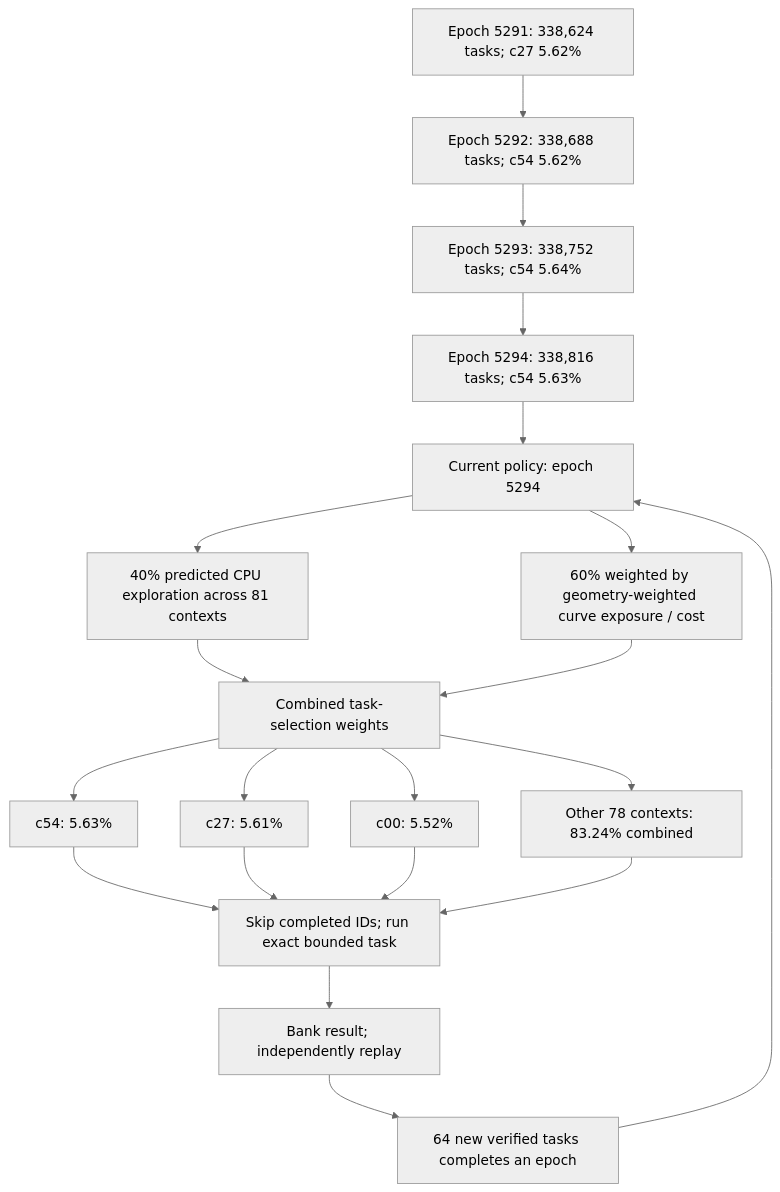
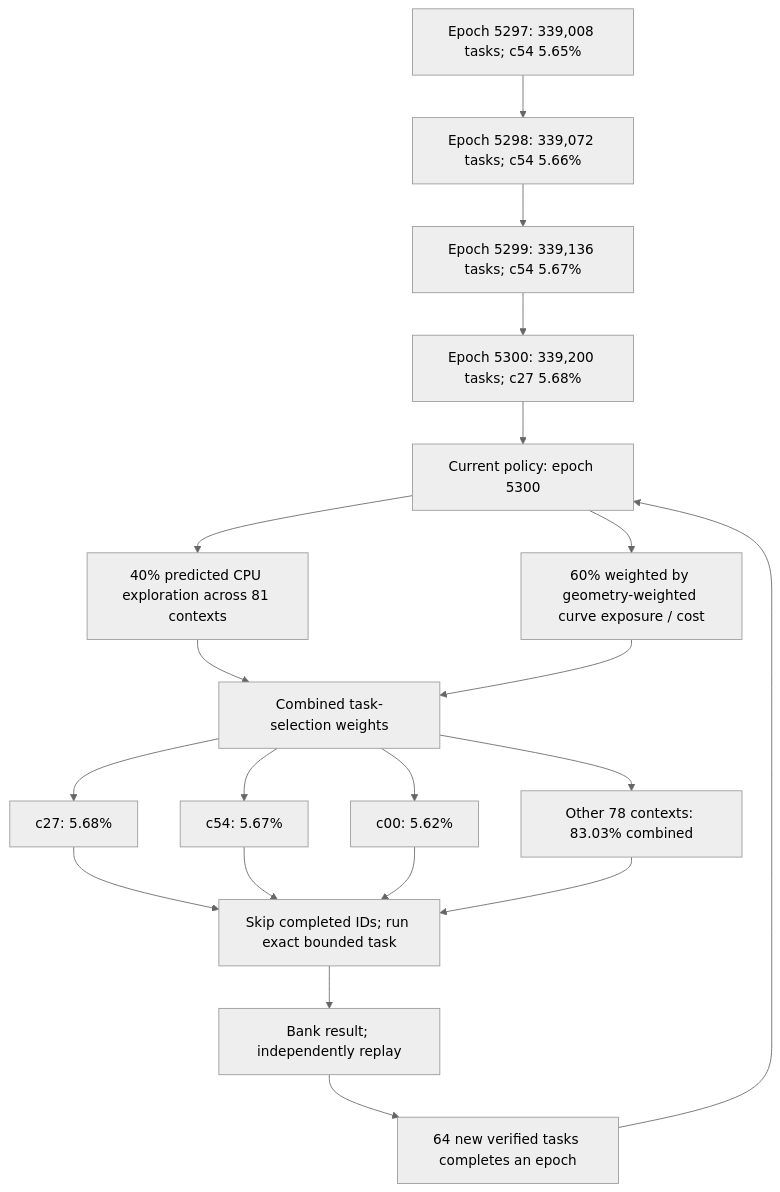
Before and after one commit to Kuberwastaken/math-gambling: the first of 3 diagrams in README.md, drawn with Mermaid (neutral theme). The commit also changed other lines of this file and 1663 other files, not shown here.

````diff
--- a/README.md
+++ b/README.md
@@ -60,27 +60,27 @@
 ```mermaid
 flowchart TD
-    H0["Epoch 5291: 338,624 tasks; c27 5.62%"]
-    H1["Epoch 5292: 338,688 tasks; c54 5.62%"]
+    H0["Epoch 5297: 339,008 tasks; c54 5.65%"]
+    H1["Epoch 5298: 339,072 tasks; c54 5.66%"]
     H0 --> H1
-    H2["Epoch 5293: 338,752 tasks; c54 5.64%"]
+    H2["Epoch 5299: 339,136 tasks; c54 5.67%"]
     H1 --> H2
-    H3["Epoch 5294: 338,816 tasks; c54 5.63%"]
+    H3["Epoch 5300: 339,200 tasks; c27 5.68%"]
     H2 --> H3
-    Policy["Current policy: epoch 5294"]
+    Policy["Current policy: epoch 5300"]
     H3 --> Policy
     Policy --> Explore["40% predicted CPU exploration across 81 contexts"]
     Policy --> Cost["60% weighted by geometry-weighted curve exposure / cost"]
     Explore --> Mix["Combined task-selection weights"]
     Cost --> Mix
-    Mix --> C0["c54: 5.63%"]
-    Mix --> C1["c27: 5.61%"]
-    Mix --> C2["c00: 5.52%"]
-    Mix --> Rest["Other 78 contexts: 83.24% combined"]
+    Mix --> C0["c27: 5.68%"]
+    Mix --> C1["c54: 5.67%"]
+    Mix --> C2["c00: 5.62%"]
+    Mix --> Rest["Other 78 contexts: 83.03% combined"]
     C0 --> Check["Skip completed IDs; run exact bounded task"]
     C1 --> Check
     C2 --> Check
     Rest --> Check
     Check --> Replay["Bank result; independently replay"]
     Replay --> Gate["64 new verified tasks completes an epoch"]
     Gate --> Policy
 ```
````
